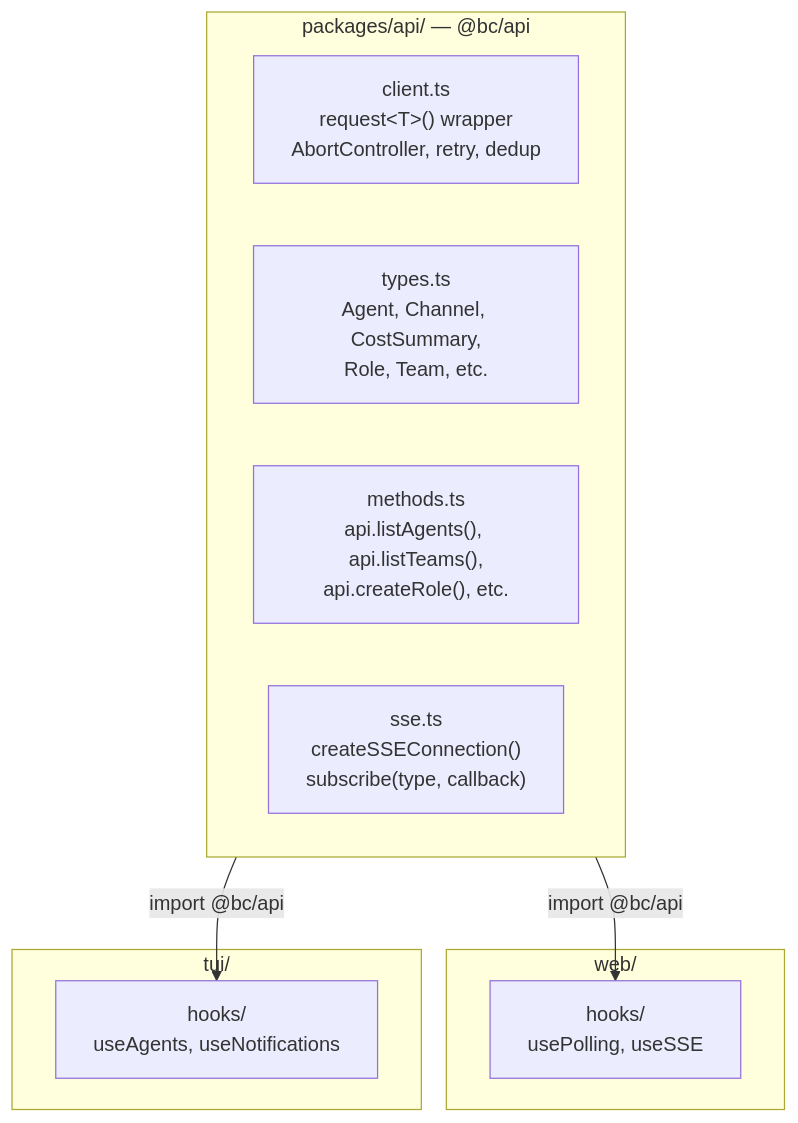
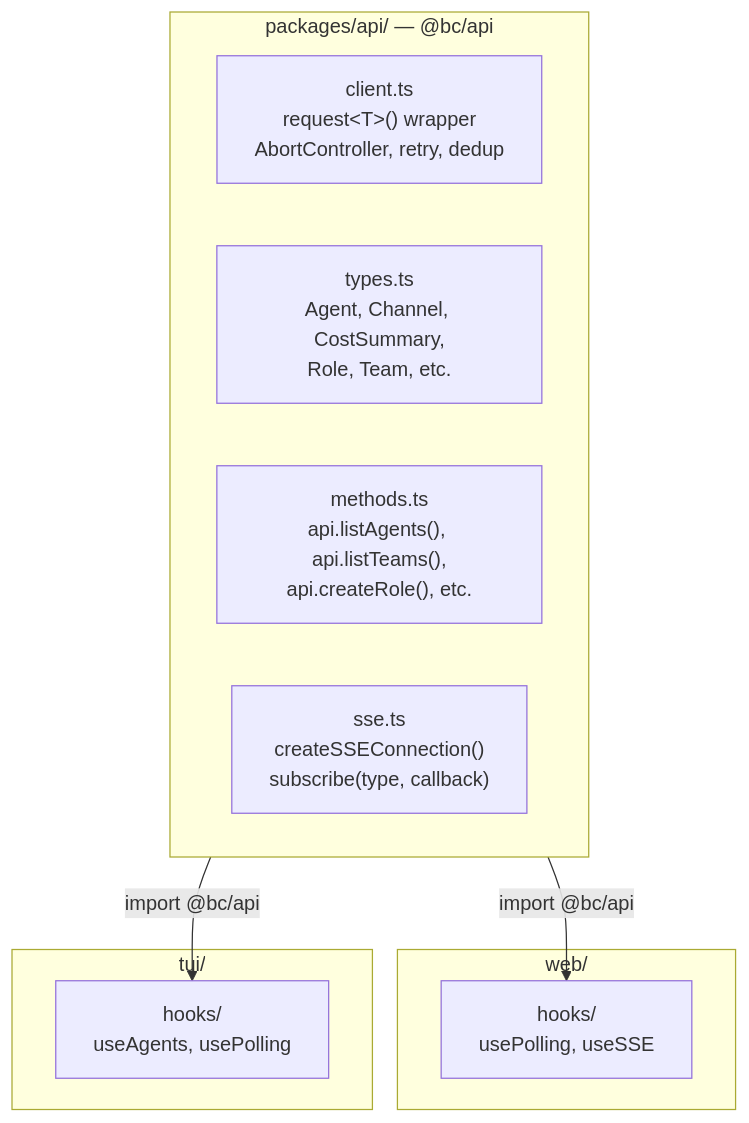
One commit to rpuneet/bc changed the sixth of 8 diagrams in docs/explanation/web-ui.md. Above: the diagram before and after it, drawn with Mermaid. The commit also changed other lines of this file and 6 other files, not shown here.

````diff
--- a/docs/explanation/web-ui.md
+++ b/docs/explanation/web-ui.md
@@ -309,20 +311,20 @@
 ```mermaid
 graph TD
     subgraph pkg ["packages/api/ — @bc/api"]
         Client["client.ts<br/>request&lt;T&gt;() wrapper<br/>AbortController, retry, dedup"]
         Types["types.ts<br/>Agent, Channel, CostSummary,<br/>Role, Team, etc."]
         Methods["methods.ts<br/>api.listAgents(), api.listTeams(),<br/>api.createRole(), etc."]
         SSEClient["sse.ts<br/>createSSEConnection()<br/>subscribe(type, callback)"]
     end
 
     subgraph web ["web/"]
         WebHooks["hooks/<br/>usePolling, useSSE"]
     end
 
     subgraph tui ["tui/"]
-        TuiHooks["hooks/<br/>useAgents, useNotifications"]
+        TuiHooks["hooks/<br/>useAgents, usePolling"]
     end
 
     pkg -->|"import @bc/api"| WebHooks
     pkg -->|"import @bc/api"| TuiHooks
 ```
````
